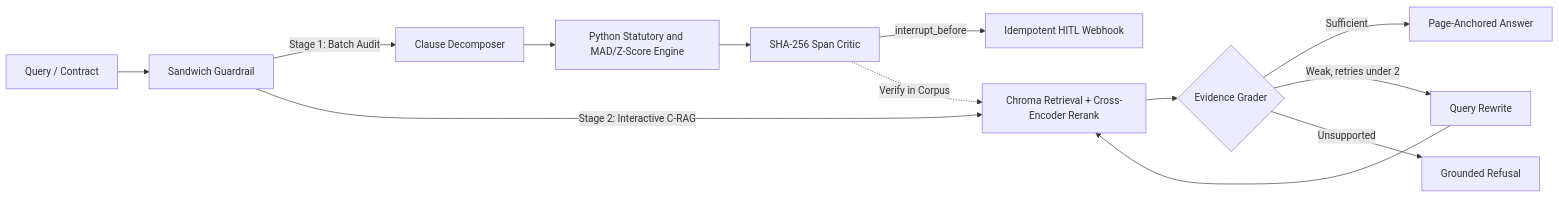
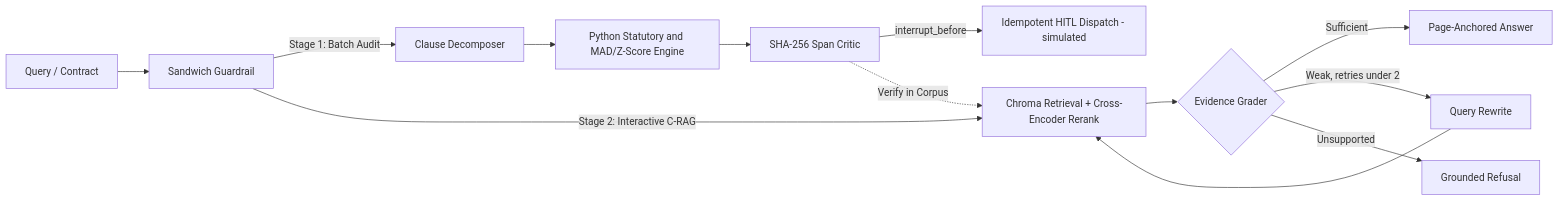
One commit to amshutha07-cmd/VeriDoc changed the diagram in README.md. Above: the diagram before and after it, drawn with Mermaid. The commit also changed other lines of this file and 16 other files, not shown here.

Commit message:
security hardening: JSON graph store, non-root image, pinned deps, honest README limits, uploads switch

````diff
--- a/README.md
+++ b/README.md
@@ -13,15 +13,15 @@
 ```mermaid
 flowchart LR
     DOC[Query / Contract] --> IG[Sandwich Guardrail]
     IG -->|Stage 1: Batch Audit| DEC[Clause Decomposer]
     DEC --> DET[Python Statutory and MAD/Z-Score Engine]
     DET --> CRIT[SHA-256 Span Critic]
-    CRIT -->|interrupt_before| HITL[Idempotent HITL Webhook]
+    CRIT -->|interrupt_before| HITL[Idempotent HITL Dispatch - simulated]
 
     IG -->|Stage 2: Interactive C-RAG| R[Chroma Retrieval + Cross-Encoder Rerank]
     CRIT -.->|Verify in Corpus| R
     R --> G{Evidence Grader}
     G -->|Sufficient| GEN[Page-Anchored Answer]
     G -->|Weak, retries under 2| RW[Query Rewrite] --> R
     G -->|Unsupported| REF[Grounded Refusal]
 ```
````
